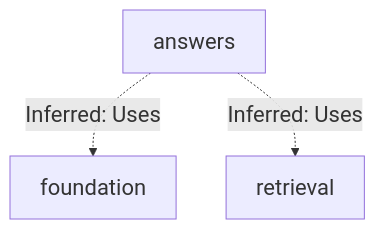
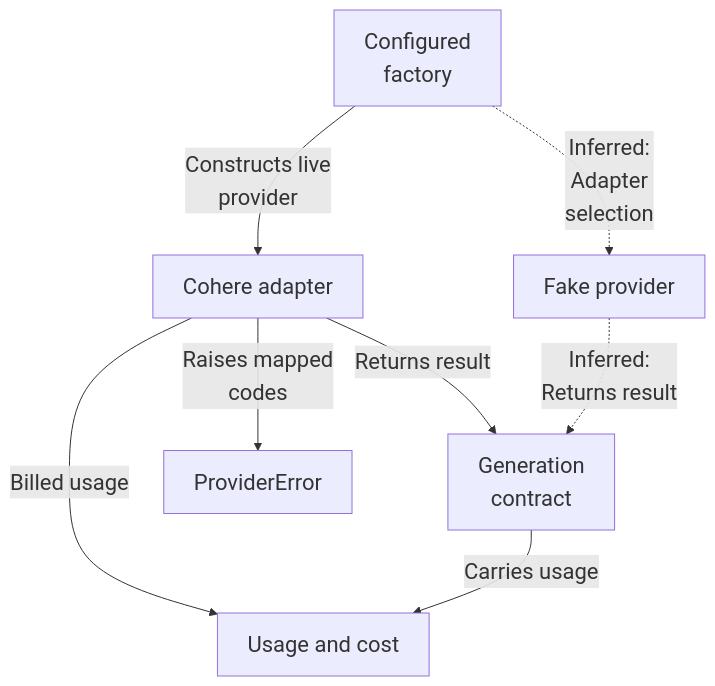
Before and after one commit to Justin-Mendoza/Afterclass: the first of 6 diagrams in README.md, drawn with Mermaid. The commit also changed other lines of this file and 88 other files, not shown here.

````diff
--- a/README.md
+++ b/README.md
@@ -11,9 +11,17 @@
 ```mermaid
 %%{init: {"themeVariables": {"fontSize": "22px"}}}%%
 flowchart TD
-  n0["answers"]
-  n1["foundation"]
-  n2["retrieval"]
-  n0 -.->|"Inferred: Uses"| n1
-  n0 -.->|"Inferred: Uses"| n2
+  n0["Configured<br/>factory"]
+  n1["Cohere adapter"]
+  n2["Fake provider"]
+  n3["Generation<br/>contract"]
+  n4["ProviderError"]
+  n5["Usage and cost"]
+  n0 -->|"Constructs live<br/>provider"| n1
+  n1 -->|"Returns result"| n3
+  n2 -.->|"Inferred:<br/>Returns result"| n3
+  n1 -->|"Raises mapped<br/>codes"| n4
+  n1 -->|"Billed usage"| n5
+  n3 -->|"Carries usage"| n5
+  n0 -.->|"Inferred:<br/>Adapter<br/>selection"| n2
 ```
````
